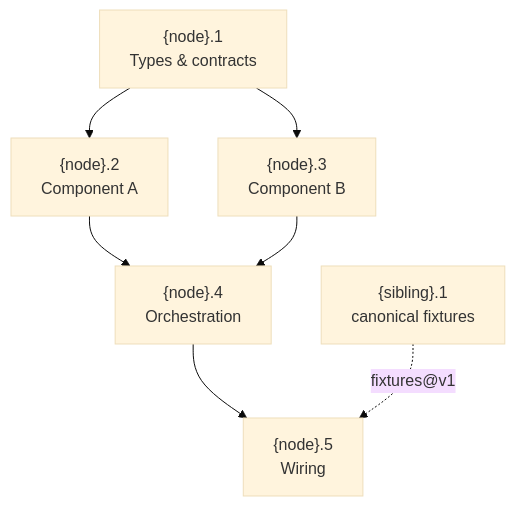
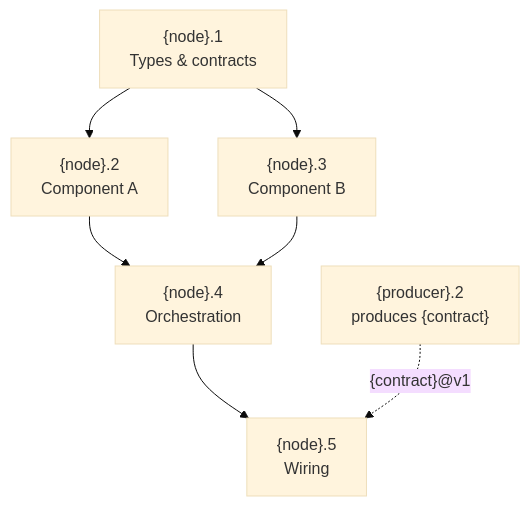
One commit to mpurbo/hsdd changed the diagram in skills/hsdd-phase-plan/SKILL.md. Above: the diagram before and after it, drawn with Mermaid (base theme). The commit also changed other lines of this file and 10 other files, not shown here.

````diff
--- a/skills/hsdd-phase-plan/SKILL.md
+++ b/skills/hsdd-phase-plan/SKILL.md
@@ -324,16 +329,16 @@
 ```mermaid
 flowchart TD
     P1["{node}.1<br/>Types & contracts"]
     P2["{node}.2<br/>Component A"]
     P3["{node}.3<br/>Component B"]
     P4["{node}.4<br/>Orchestration"]
     P5["{node}.5<br/>Wiring"]
-    X1["{sibling}.1<br/>canonical fixtures"]
+    X1["{producer}.2<br/>produces {contract}"]
 
     P1 --> P2
     P1 --> P3
     P2 --> P4
     P3 --> P4
     P4 --> P5
-    X1 -. "fixtures@v1" .-> P5
+    X1 -. "{contract}@v1" .-> P5
 ```
````
